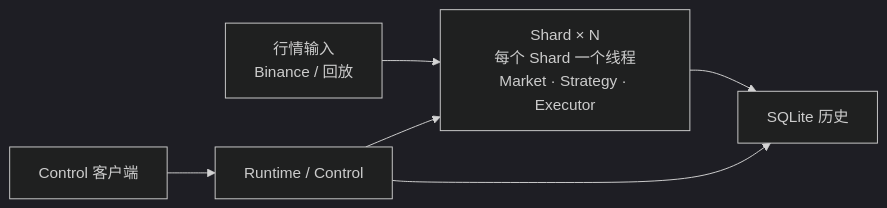
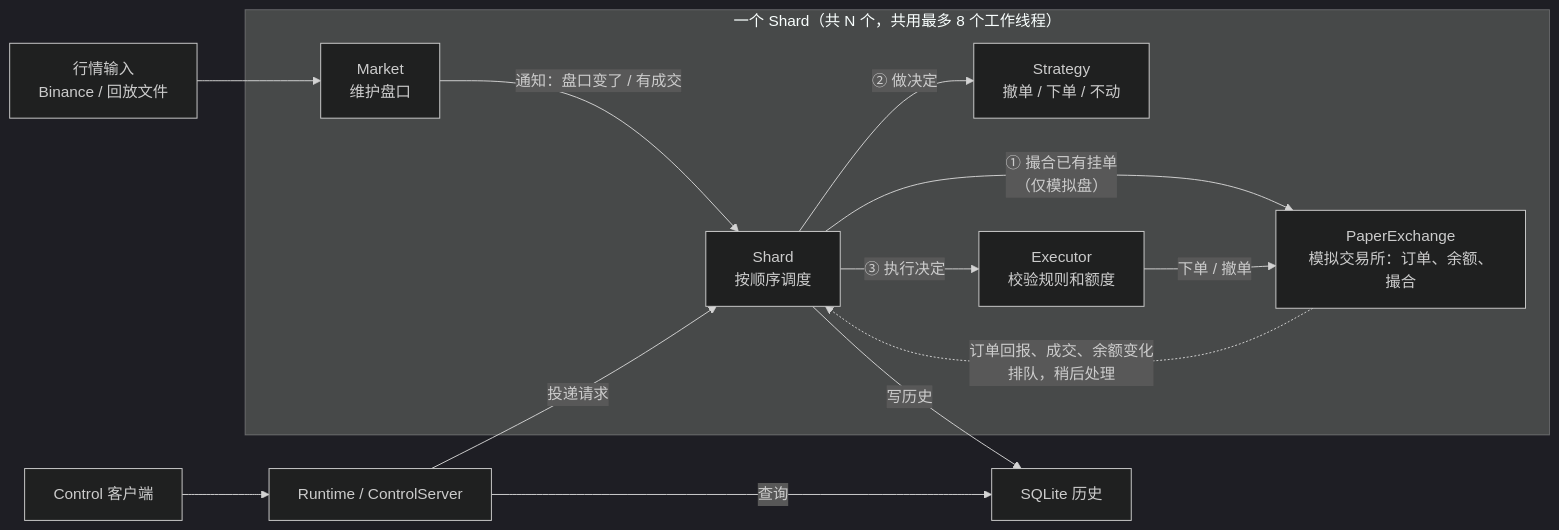
One commit to larrystd/hbot-quant changed the first of 12 diagrams in docs/DESIGN.md. Above: the diagram before and after it, drawn with Mermaid (dark theme). The commit also changed other lines of this file and 57 other files, not shown here.

```diff
--- a/docs/DESIGN.md
+++ b/docs/DESIGN.md
@@ -7,8 +9,16 @@
 ~~~mermaid
 flowchart LR
-    I["行情输入<br/>Binance / 回放"] --> S["Shard × N<br/>每个 Shard 一个线程<br/>Market · Strategy · Executor"]
-    S --> H["SQLite 历史"]
-    C["Control 客户端"] --> R["Runtime / Control"]
-    R --> S
-    R --> H
+    IN["行情输入<br/>Binance / 回放文件"] --> M
+    subgraph ONE["一个 Shard（共 N 个，共用最多 8 个工作线程）"]
+        M["Market<br/>维护盘口"] -->|"通知：盘口变了 / 有成交"| SH["Shard<br/>按顺序调度"]
+        SH -->|"① 撮合已有挂单<br/>（仅模拟盘）"| PE["PaperExchange<br/>模拟交易所：订单、余额、撮合"]
+        SH -->|"② 做决定"| ST["Strategy<br/>撤单 / 下单 / 不动"]
+        SH -->|"③ 执行决定"| EX["Executor<br/>校验规则和额度"]
+        EX -->|"下单 / 撤单"| PE
+        PE -.->|"订单回报、成交、余额变化<br/>排队，稍后处理"| SH
+    end
+    SH -->|"写历史"| H["SQLite 历史"]
+    C["Control 客户端"] --> R["Runtime / ControlServer"]
+    R -->|"投递请求"| SH
+    R -->|"查询"| H
 ~~~
```
